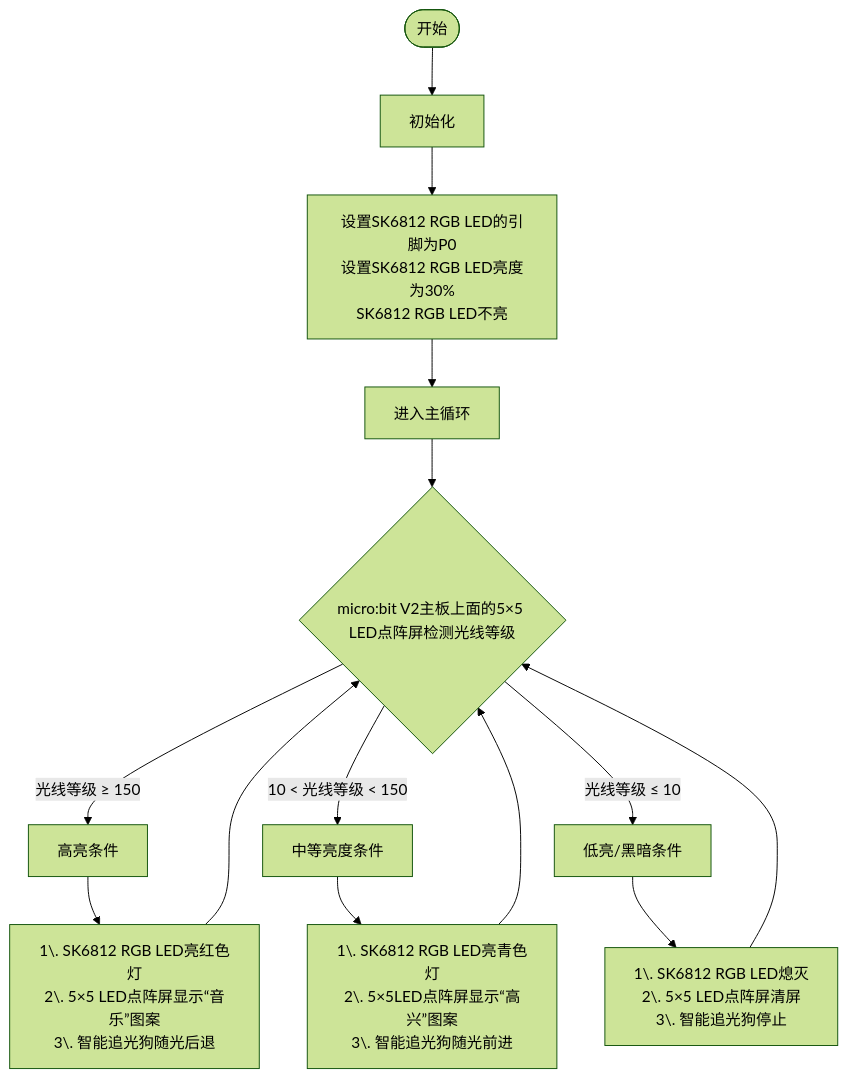
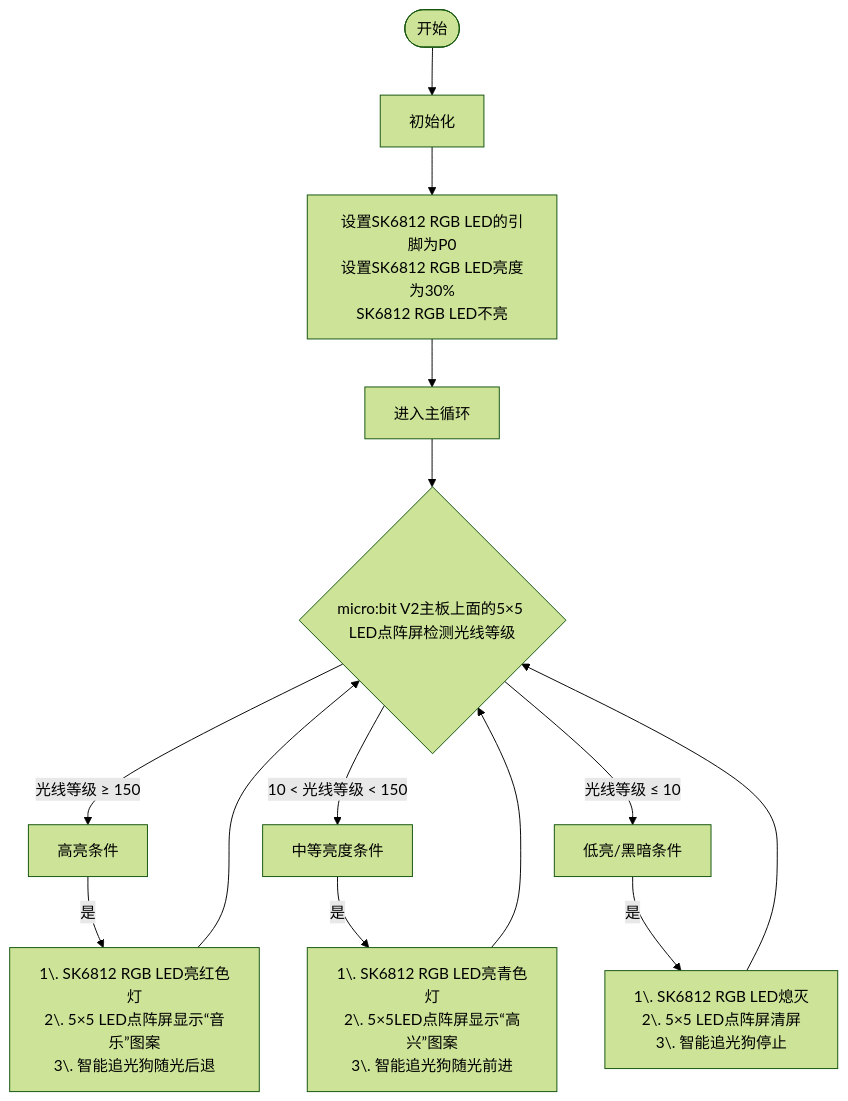
The diagram in docs/MakeCode_教程/Projects/课程06.md (keyestudio/KS0604-Keyestudio-Microbit-8-1-), drawn with Mermaid (forest theme) before and after one commit. The commit also changed other lines of this file and 253 other files, not shown here.

````diff
--- a/docs/MakeCode_教程/Projects/课程06.md
+++ b/docs/MakeCode_教程/Projects/课程06.md
@@ -111,25 +111,16 @@
 ```mermaid
 flowchart TD
     Start([开始]) --> OnInit1[初始化]
-
     OnInit1 --> OnInit2[设置SK6812 RGB LED的引脚为P0<br>设置SK6812 RGB LED亮度为30%<br>SK6812 RGB LED不亮]
-    
     OnInit2 --> Forever[进入主循环]
-    
     Forever --> Conditionals{micro:bit V2主板上面的5×5 LED点阵屏检测光线等级}
-
     Conditionals -- 光线等级 ≥ 150 --> Conditionals1[高亮条件]
-    
-    Conditionals1 --> EventA[1\. SK6812 RGB LED亮红色灯<br>2\. 5×5 LED点阵屏显示“音乐”图案<br>3\. 智能追光狗随光后退]
+    Conditionals1 -->|是| EventA[1\. SK6812 RGB LED亮红色灯<br>2\. 5×5 LED点阵屏显示“音乐”图案<br>3\. 智能追光狗随光后退]
     EventA --> Conditionals
-
     Conditionals -- 10 < 光线等级 < 150 --> Conditionals2[中等亮度条件]
-
-    Conditionals2 --> EventB[1\. SK6812 RGB LED亮青色灯<br>2\. 5×5LED点阵屏显示“高兴”图案<br>3\. 智能追光狗随光前进]
+    Conditionals2 -->|是| EventB[1\. SK6812 RGB LED亮青色灯<br>2\. 5×5LED点阵屏显示“高兴”图案<br>3\. 智能追光狗随光前进]
     EventB --> Conditionals
-
     Conditionals -- 光线等级 ≤ 10 --> Conditionals3[低亮/黑暗条件]
-
-    Conditionals3 --> EventC[1\. SK6812 RGB LED熄灭<br>2\. 5×5 LED点阵屏清屏<br>3\. 智能追光狗停止]
+    Conditionals3 -->|是| EventC[1\. SK6812 RGB LED熄灭<br>2\. 5×5 LED点阵屏清屏<br>3\. 智能追光狗停止]
     EventC --> Conditionals
 ```
````
